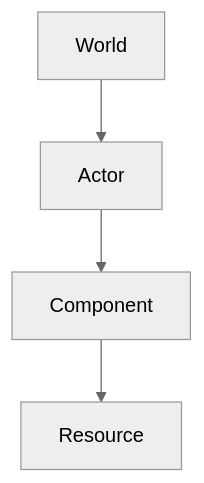
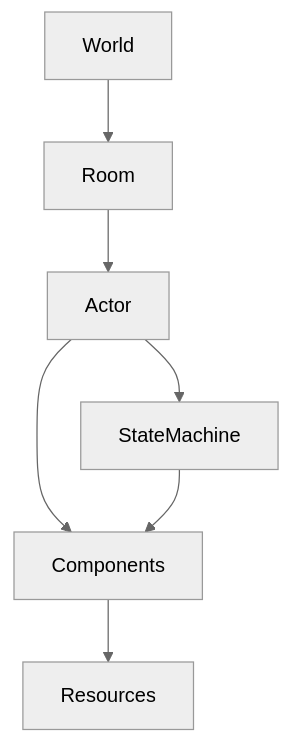
Before and after one commit to iamai74/project-echo: the diagram in docs/architecture/project-structure.md, drawn with Mermaid (neutral theme). The commit also changed other lines of this file and 25 other files, not shown here.

````diff
--- a/docs/architecture/project-structure.md
+++ b/docs/architecture/project-structure.md
@@ -431,9 +341,10 @@
 ```mermaid
 flowchart TD
 
-World --> Actor
-
-Actor --> Component
-
-Component --> Resource
+    World --> Room
+    Room --> Actor
+    Actor --> Components
+    Actor --> StateMachine
+    Components --> Resources
+    StateMachine --> Components
 ```
````
